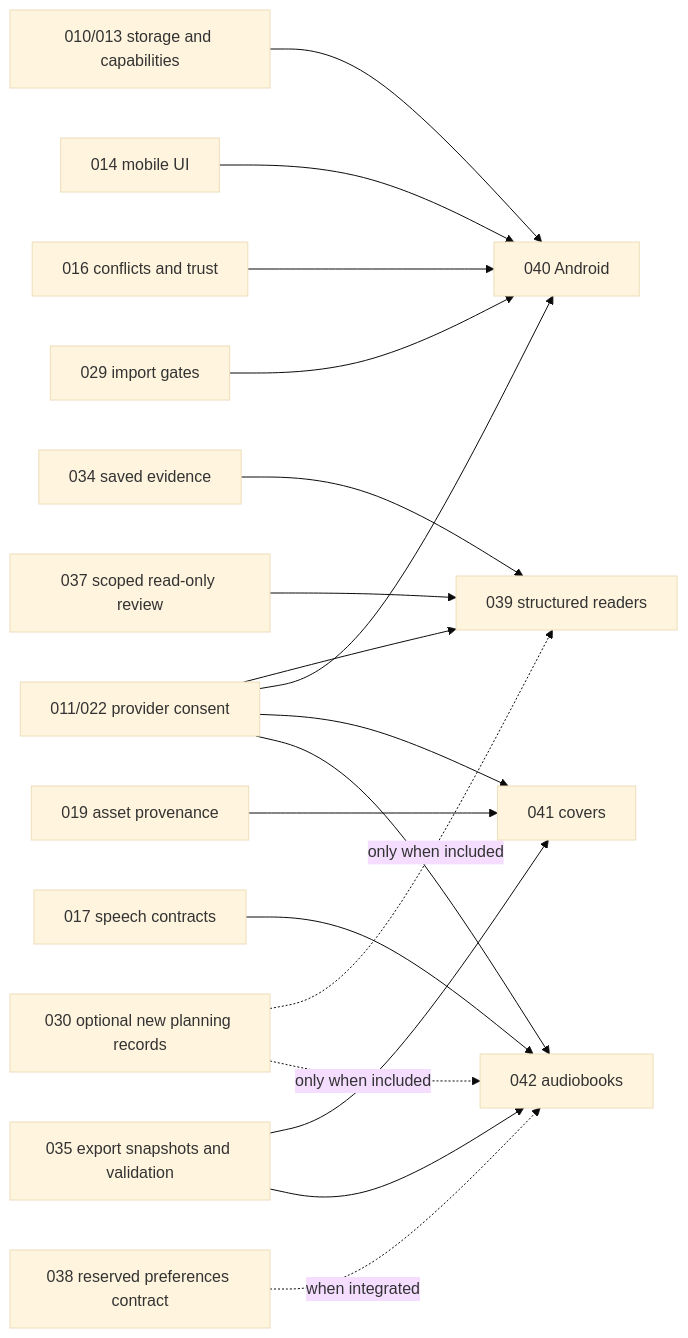
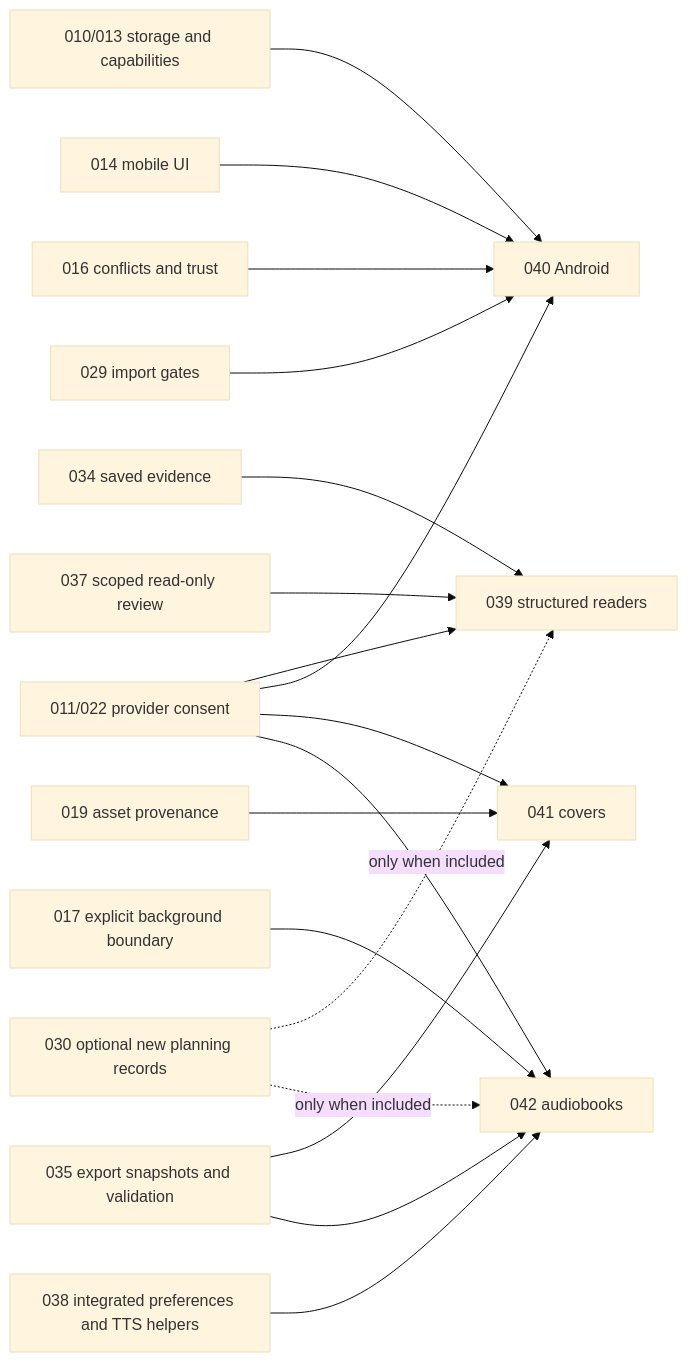
The diagram in docs/SPEC-DAG.md (JordanM575/open-ai-book-studio), drawn with Mermaid (base theme) before and after one commit. The commit also changed other lines of this file and 36 other files, not shown here.

````diff
--- a/docs/SPEC-DAG.md
+++ b/docs/SPEC-DAG.md
@@ -85,20 +87,20 @@
 ```mermaid
 flowchart LR
   S034[034 saved evidence] --> S039[039 structured readers]
   S037[037 scoped read-only review] --> S039
   S011[011/022 provider consent] --> S039
   S010[010/013 storage and capabilities] --> S040[040 Android]
   S014[014 mobile UI] --> S040
   S016[016 conflicts and trust] --> S040
   S029[029 import gates] --> S040
   S011 --> S040
   S019[019 asset provenance] --> S041[041 covers]
   S035[035 export snapshots and validation] --> S041
   S011 --> S041
-  S017[017 speech contracts] --> S042[042 audiobooks]
-  S038[038 reserved preferences contract] -. when integrated .-> S042
+  S017[017 explicit background boundary] --> S042[042 audiobooks]
+  S038[038 integrated preferences and TTS helpers] --> S042
   S011 --> S042
   S035 --> S042
   S030[030 optional new planning records] -. only when included .-> S039
   S030 -. only when included .-> S042
 ```
````
